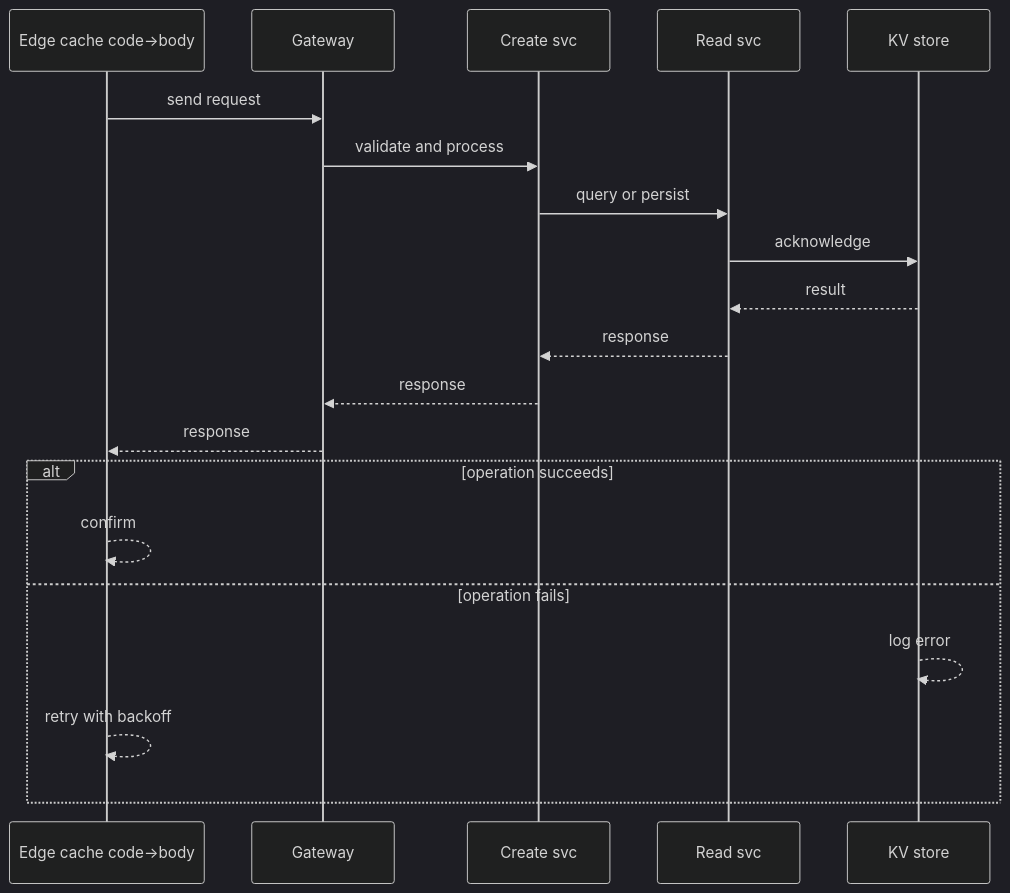
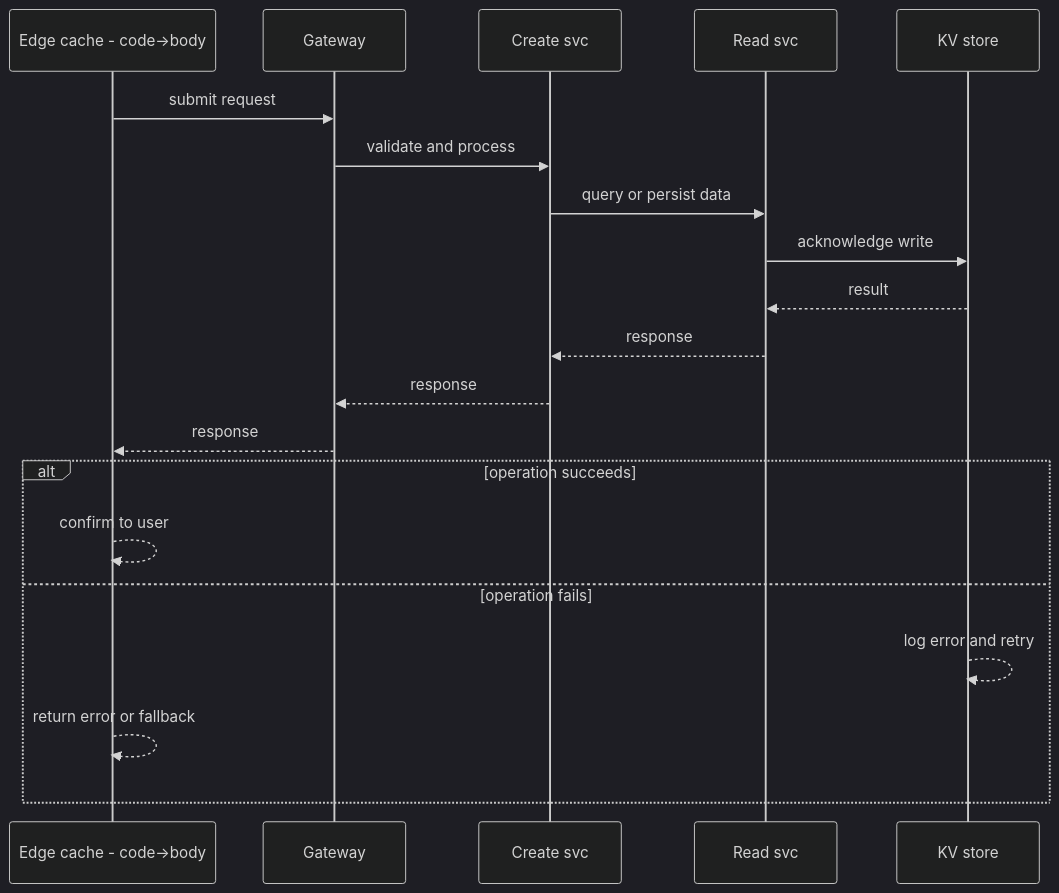
The second of 4 diagrams in case-studies/beginner/paste-service.md (RIT-MESH/system-design-mastery), drawn with Mermaid (dark theme) before and after one commit. The commit also changed other lines of this file and 127 other files, not shown here.

First line of the commit message:
Improve all case study diagrams: case-specific sequences, fix truncated labels

````diff
--- a/case-studies/beginner/paste-service.md
+++ b/case-studies/beginner/paste-service.md
@@ -79,23 +79,23 @@
 ```mermaid
 %% created-for: system-design-mastery
 sequenceDiagram
-  participant C0 as Edge cache code->body
-  participant C1 as Gateway
-  participant C2 as Create svc
-  participant C3 as Read svc
-  participant C4 as KV store
-  C0 ->> C1: send request
-  C1 ->> C2: validate and process
-  C2 ->> C3: query or persist
-  C3 ->> C4: acknowledge
-  C4 -->> C3: result
-  C3 -->> C2: response
-  C2 -->> C1: response
-  C1 -->> C0: response
+  participant P0 as Edge cache - code->body
+  participant P1 as Gateway
+  participant P2 as Create svc
+  participant P3 as Read svc
+  participant P4 as KV store
+  P0 ->> P1: submit request
+  P1 ->> P2: validate and process
+  P2 ->> P3: query or persist data
+  P3 ->> P4: acknowledge write
+  P4 -->> P3: result
+  P3 -->> P2: response
+  P2 -->> P1: response
+  P1 -->> P0: response
   alt operation succeeds
-    C0 -->> C0: confirm
+    P0 -->> P0: confirm to user
   else operation fails
-    C4 -->> C4: log error
-    C0 -->> C0: retry with backoff
+    P4 -->> P4: log error and retry
+    P0 -->> P0: return error or fallback
   end
 ```
````
